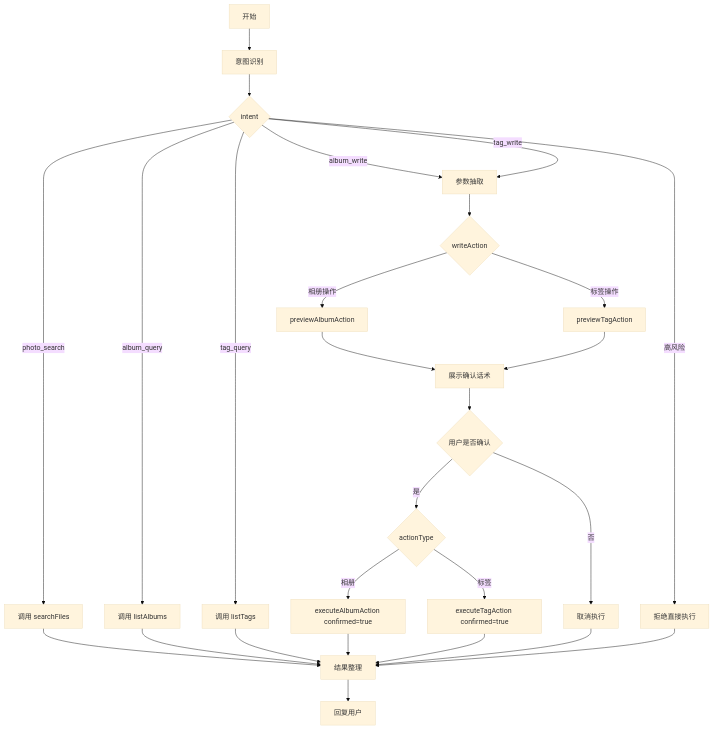
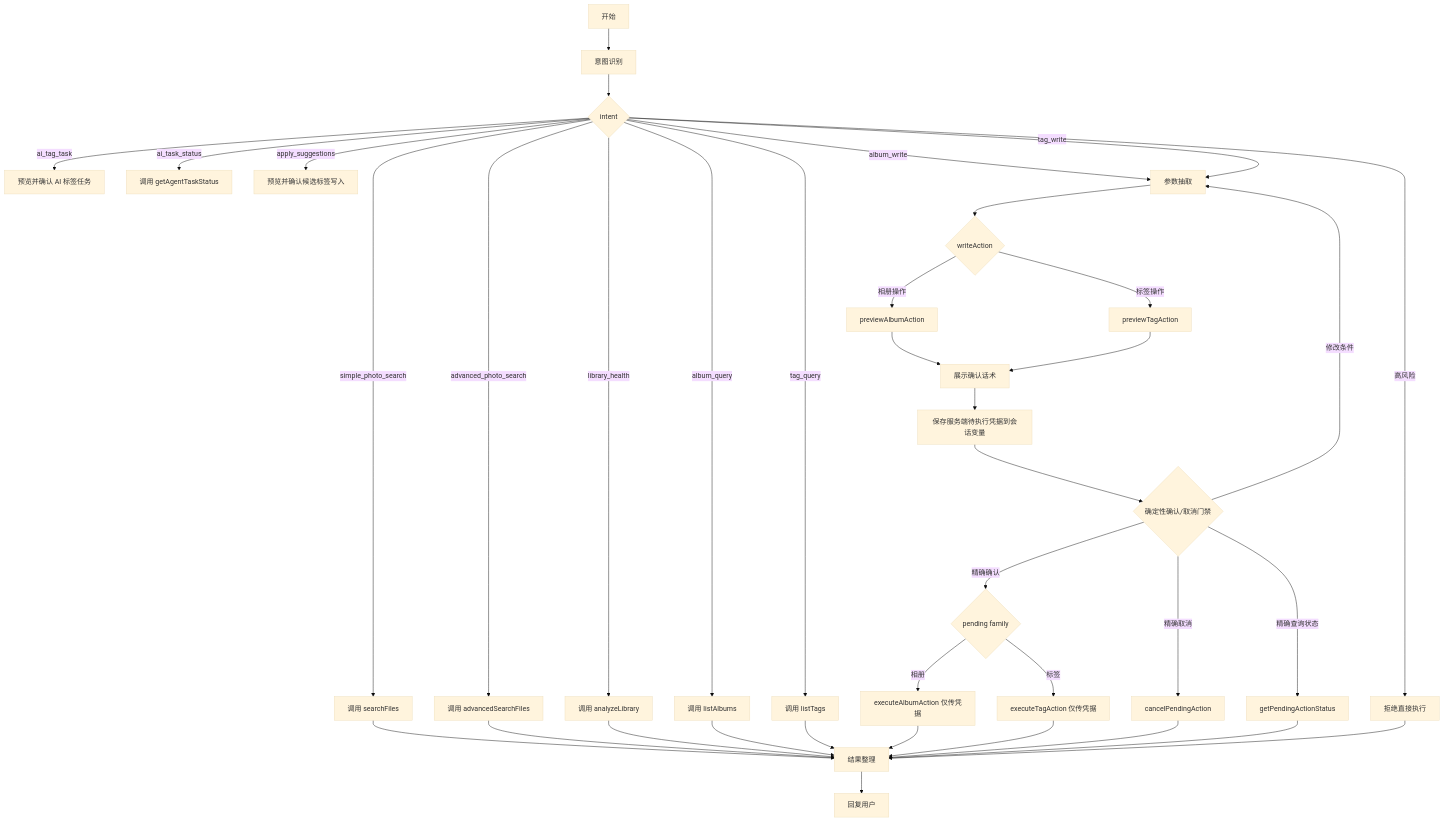
The diagram in docs/dify-agent-write-workflow-guide.md (Jasper-xxx/cloud-album-ai), drawn with Mermaid (base theme) before and after one commit. The commit also changed other lines of this file and 129 other files, not shown here.

Commit message:
feat: expand album agent capabilities

````diff
--- a/docs/dify-agent-write-workflow-guide.md
+++ b/docs/dify-agent-write-workflow-guide.md
@@ -27,29 +63,40 @@
 ```mermaid
 flowchart TD
     A["开始"] --> B["意图识别"]
     B --> C{"intent"}
-    C -->|photo_search| D["调用 searchFiles"]
+    C -->|simple_photo_search| D["调用 searchFiles"]
+    C -->|advanced_photo_search| DA["调用 advancedSearchFiles"]
+    C -->|library_health| DH["调用 analyzeLibrary"]
+    C -->|ai_tag_task| AT["预览并确认 AI 标签任务"]
+    C -->|ai_task_status| AS["调用 getAgentTaskStatus"]
+    C -->|apply_suggestions| AP["预览并确认候选标签写入"]
     C -->|album_query| E["调用 listAlbums"]
     C -->|tag_query| F["调用 listTags"]
     C -->|album_write| G["参数抽取"]
     C -->|tag_write| G
     C -->|高风险| X["拒绝直接执行"]
     D --> R["结果整理"]
+    DA --> R
+    DH --> R
     E --> R
     F --> R
     G --> H{"writeAction"}
     H -->|相册操作| I["previewAlbumAction"]
     H -->|标签操作| J["previewTagAction"]
     I --> K["展示确认话术"]
     J --> K
-    K --> L{"用户是否确认"}
-    L -->|是| M{"actionType"}
-    L -->|否| N["取消执行"]
-    M -->|相册| O["executeAlbumAction confirmed=true"]
-    M -->|标签| P["executeTagAction confirmed=true"]
+    K --> V["保存服务端待执行凭据到会话变量"]
+    V --> L{"确定性确认/取消门禁"}
+    L -->|精确确认| M{"pending family"}
+    L -->|精确取消| N["cancelPendingAction"]
+    L -->|精确查询状态| Q["getPendingActionStatus"]
+    L -->|修改条件| G
+    M -->|相册| O["executeAlbumAction 仅传凭据"]
+    M -->|标签| P["executeTagAction 仅传凭据"]
     O --> R
     P --> R
     N --> R
+    Q --> R
     X --> R
     R --> S["回复用户"]
 ```
````
